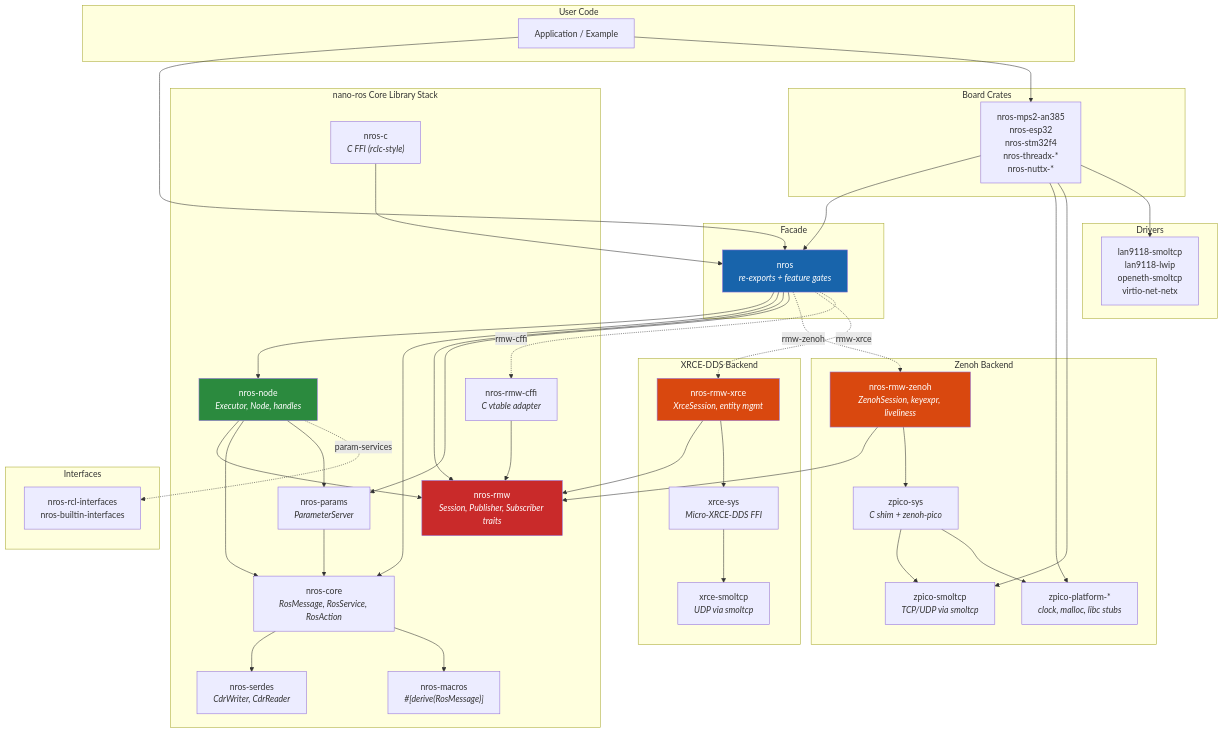
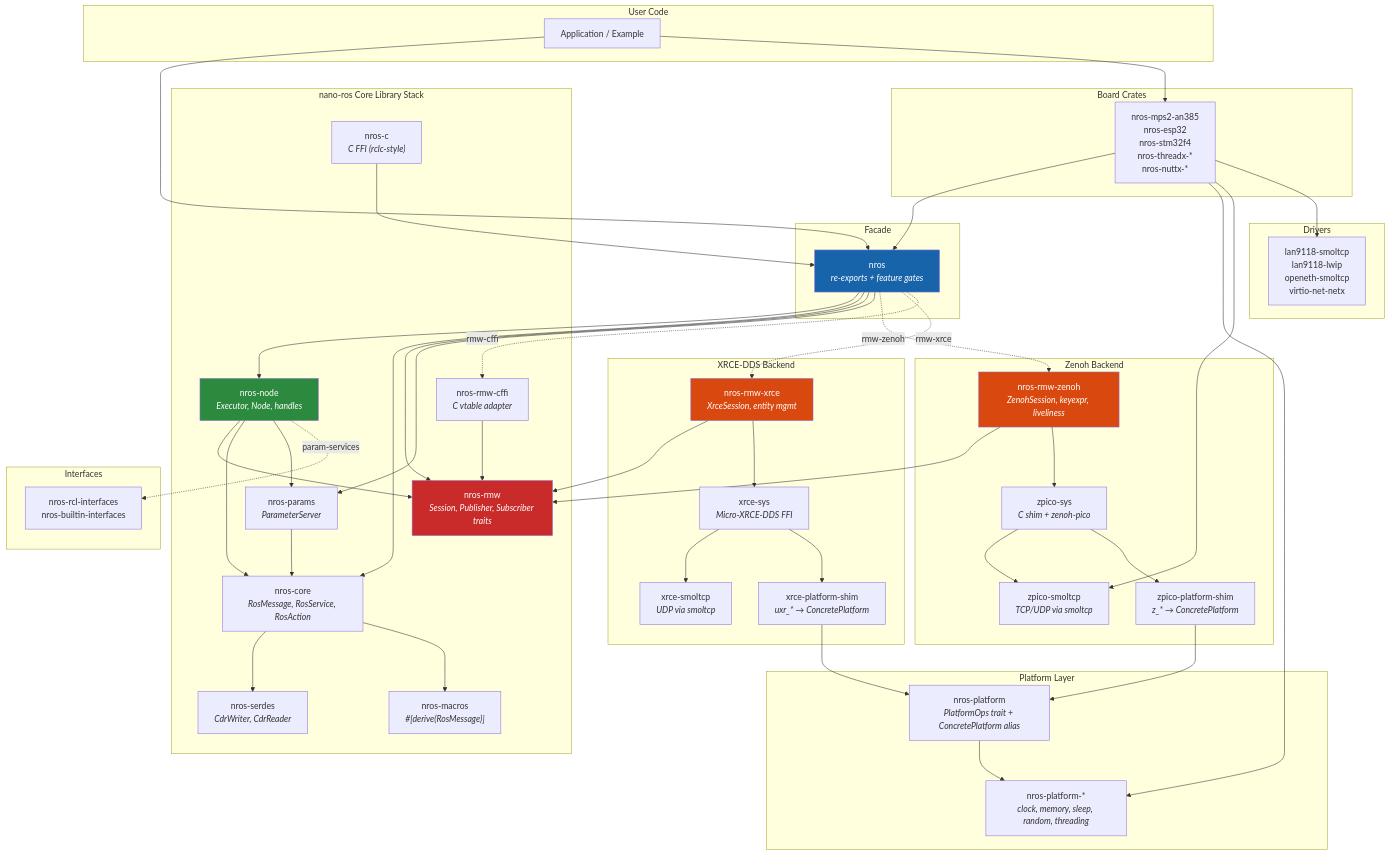
Before and after one commit to NEWSLabNTU/nano-ros: the second of 15 diagrams in book/src/concepts/architecture.md, drawn with Mermaid. The commit also changed other lines of this file and 9 other files, not shown here.

```diff
--- a/book/src/concepts/architecture.md
+++ b/book/src/concepts/architecture.md
@@ -86,13 +86,19 @@
         RMW_Z["nros-rmw-zenoh<br/><i>ZenohSession, keyexpr, liveliness</i>"]
         ZPICO["zpico-sys<br/><i>C shim + zenoh-pico</i>"]
         ZSMOL["zpico-smoltcp<br/><i>TCP/UDP via smoltcp</i>"]
-        ZPLAT["zpico-platform-*<br/><i>clock, malloc, libc stubs</i>"]
+        ZPSHIM["zpico-platform-shim<br/><i>z_* → ConcretePlatform</i>"]
     end
 
     subgraph "XRCE-DDS Backend"
         RMW_X["nros-rmw-xrce<br/><i>XrceSession, entity mgmt</i>"]
         XSYS["xrce-sys<br/><i>Micro-XRCE-DDS FFI</i>"]
         XSMOL["xrce-smoltcp<br/><i>UDP via smoltcp</i>"]
+        XPSHIM["xrce-platform-shim<br/><i>uxr_* → ConcretePlatform</i>"]
+    end
+
+    subgraph "Platform Layer"
+        NPLAT["nros-platform<br/><i>PlatformOps trait + ConcretePlatform alias</i>"]
+        NPLATIMPL["nros-platform-*<br/><i>clock, memory, sleep, random, threading</i>"]
     end
 
     subgraph "Board Crates"
@@ -131,14 +137,19 @@
     RMW_Z --> RMW
     RMW_Z --> ZPICO
     ZPICO --> ZSMOL
-    ZPICO --> ZPLAT
+    ZPICO --> ZPSHIM
+    ZPSHIM --> NPLAT
 
     RMW_X --> RMW
     RMW_X --> XSYS
     XSYS --> XSMOL
+    XSYS --> XPSHIM
+    XPSHIM --> NPLAT
+
+    NPLAT --> NPLATIMPL
 
     BOARD --> NROS
-    BOARD --> ZPLAT
+    BOARD --> NPLATIMPL
     BOARD --> ZSMOL
     BOARD --> DRV
 
```
